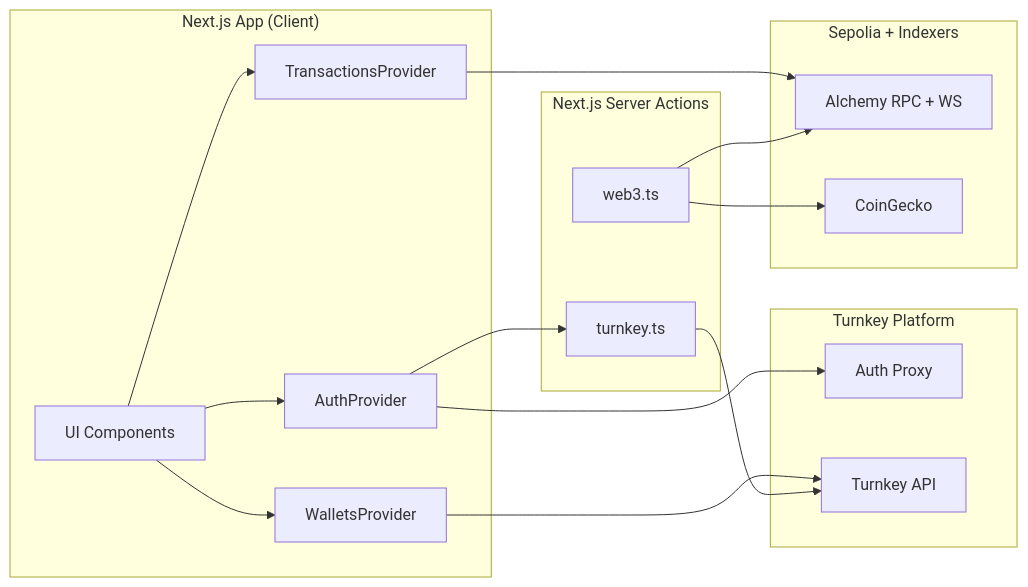
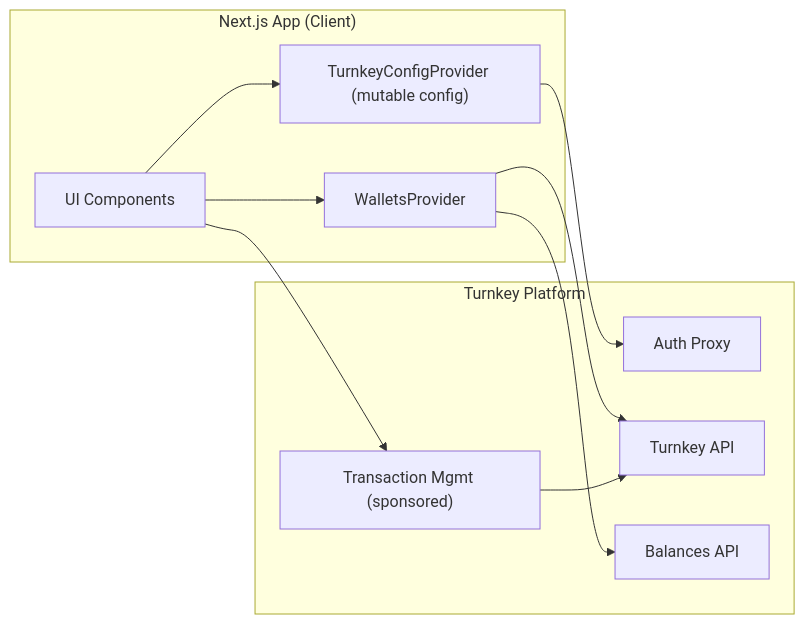
One commit to tkhq/demo-embedded-wallet changed the first of 4 diagrams in README.md. Above: the diagram before and after it, drawn with Mermaid. The commit also changed other lines of this file and 83 other files, not shown here.

````diff
--- a/README.md
+++ b/README.md
@@ -99,35 +88,23 @@
 ```mermaid
 flowchart LR
   subgraph Client["Next.js App (Client)"]
     UI["UI Components"]
-    AP["AuthProvider"]
+    CP["TurnkeyConfigProvider (mutable config)"]
     WP["WalletsProvider"]
-    TP["TransactionsProvider"]
-  end
-
-  subgraph Server["Next.js Server Actions"]
-    SA["turnkey.ts"]
-    WA["web3.ts"]
   end
 
   subgraph Turnkey["Turnkey Platform"]
     TKP["Auth Proxy"]
     TKS["Turnkey API"]
+    BAL["Balances API"]
+    TX["Transaction Mgmt (sponsored)"]
   end
 
-  subgraph Chain["Sepolia + Indexers"]
-    RPC["Alchemy RPC + WS"]
-    CG["CoinGecko"]
-  end
-
-  UI --> AP
+  UI --> CP
   UI --> WP
-  UI --> TP
-  AP --> TKP
-  AP --> SA
+  CP --> TKP
   WP --> TKS
-  TP --> RPC
-  SA --> TKS
-  WA --> CG
-  WA --> RPC
+  WP --> BAL
+  UI --> TX
+  TX --> TKS
 ```
````
